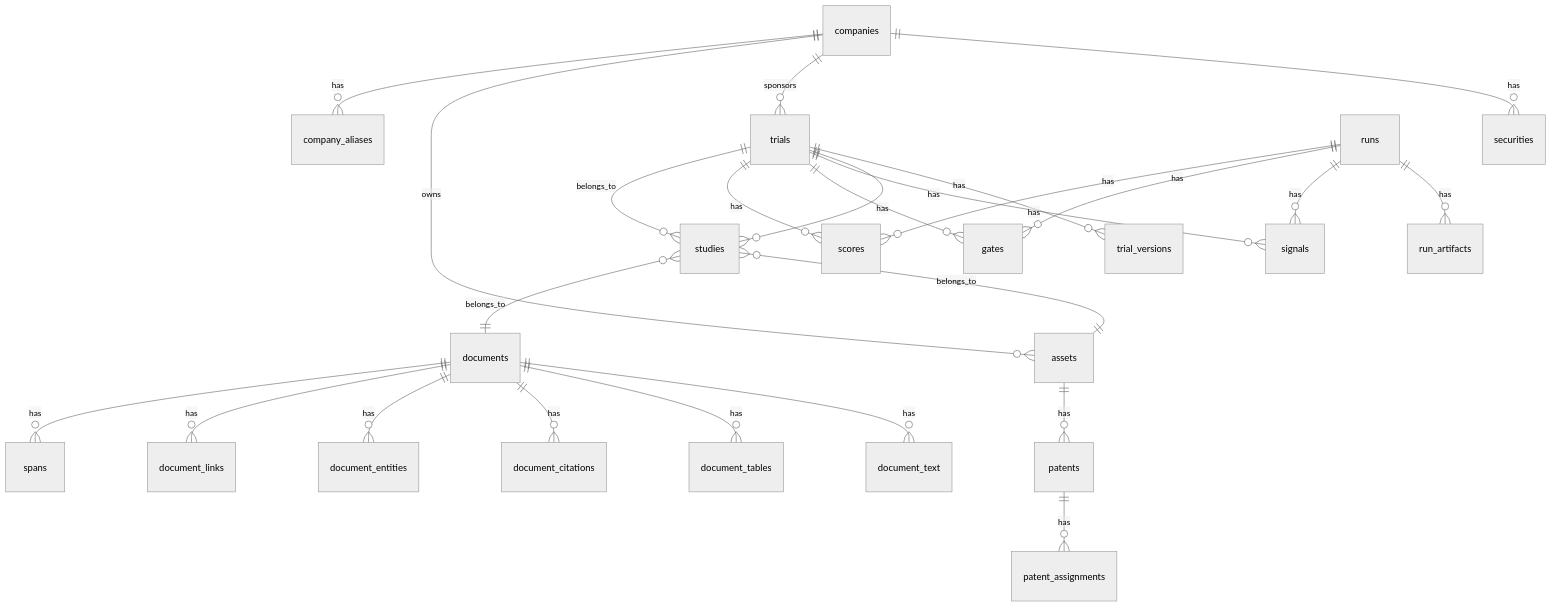
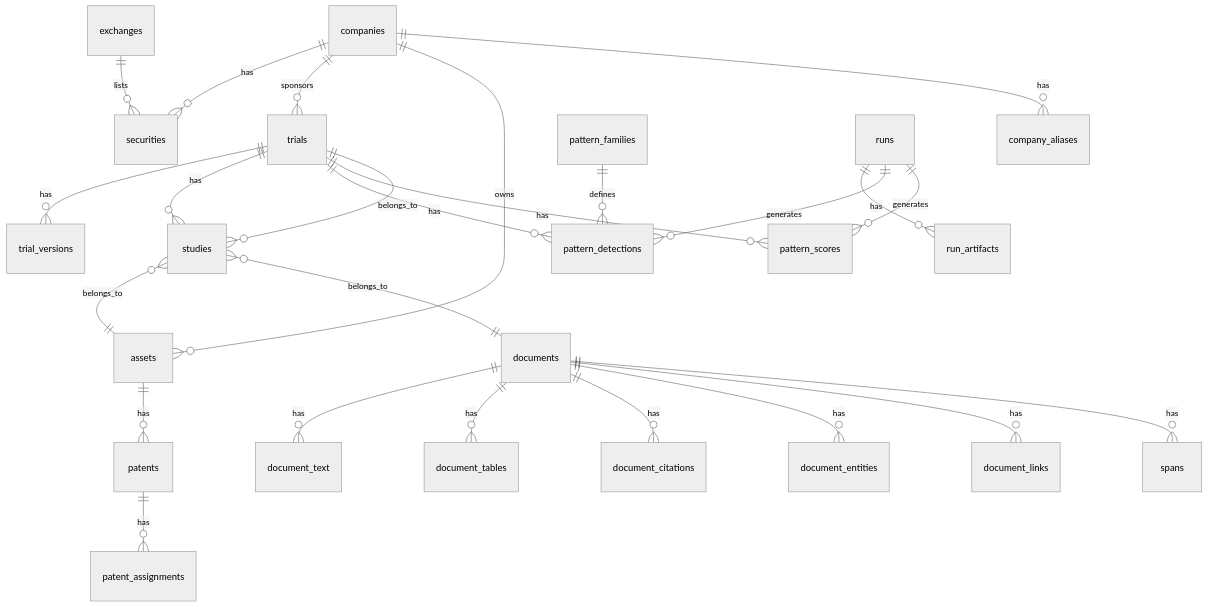
One commit to daniyal-rahman/CROcashi changed the first of 3 diagrams in docs/NCFD_SCHEMA_MASTER.md. Above: the diagram before and after it, drawn with Mermaid (neutral theme). The commit also changed other lines of this file and 36 other files, not shown here.

````diff
--- a/docs/NCFD_SCHEMA_MASTER.md
+++ b/docs/NCFD_SCHEMA_MASTER.md
@@ -520,32 +649,34 @@
 ```mermaid
 erDiagram
     companies ||--o{ securities : "has"
     companies ||--o{ trials : "sponsors"
     companies ||--o{ assets : "owns"
     companies ||--o{ company_aliases : "has"
     
     trials ||--o{ trial_versions : "has"
     trials ||--o{ studies : "has"
-    trials ||--o{ signals : "has"
-    trials ||--o{ gates : "has"
-    trials ||--o{ scores : "has"
+    trials ||--o{ pattern_detections : "has"
+    trials ||--o{ pattern_scores : "has"
     
     assets ||--o{ patents : "has"
     patents ||--o{ patent_assignments : "has"
     
     documents ||--o{ document_text : "has"
     documents ||--o{ document_tables : "has"
     documents ||--o{ document_citations : "has"
     documents ||--o{ document_entities : "has"
     documents ||--o{ document_links : "has"
     documents ||--o{ spans : "has"
     
     studies }o--|| trials : "belongs_to"
     studies }o--|| assets : "belongs_to"
     studies }o--|| documents : "belongs_to"
     
+    pattern_families ||--o{ pattern_detections : "defines"
+    
     runs ||--o{ run_artifacts : "has"
-    runs ||--o{ signals : "has"
-    runs ||--o{ gates : "has"
-    runs ||--o{ scores : "has"
+    runs ||--o{ pattern_detections : "generates"
+    runs ||--o{ pattern_scores : "generates"
+    
+    exchanges ||--o{ securities : "lists"
 ```
````
